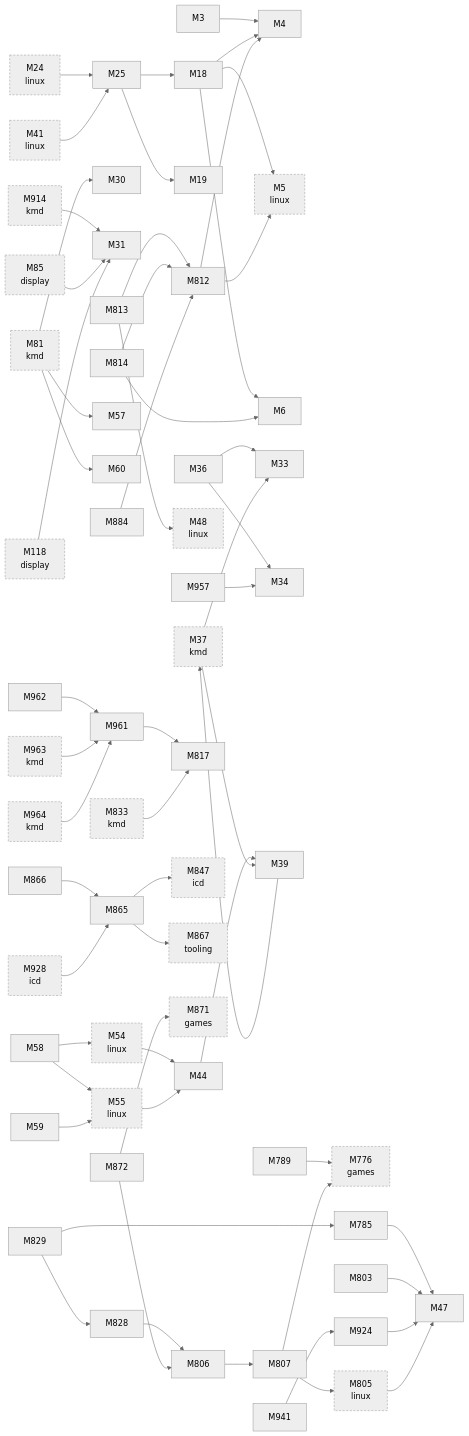
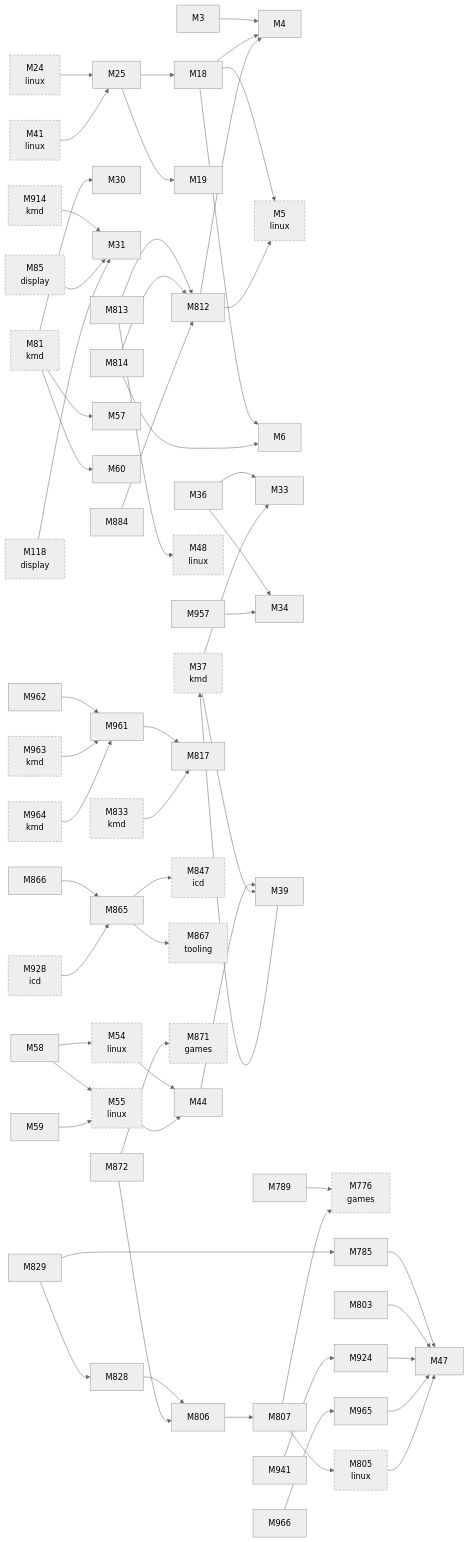
Before and after one commit to D-Ogi/amdgpu-wddm: the second of 3 diagrams in docs/facts/graphs/hardware.md, drawn with Mermaid (neutral theme). The commit also changed 6 other files, not shown here.

```diff
--- a/docs/facts/graphs/hardware.md
+++ b/docs/facts/graphs/hardware.md
@@ -146,6 +146,8 @@
   M962["M962"]
   M963["M963<br/>kmd"]
   M964["M964<br/>kmd"]
+  M965["M965"]
+  M966["M966"]
   M3 --> M4
   M18 --> M4
   M18 --> M5
@@ -185,6 +187,8 @@
   M957 --> M34
   M961 --> M817
   M962 --> M961
+  M965 --> M47
+  M966 --> M965
   M37 --> M33
   M37 --> M39
   M81 --> M30
```
